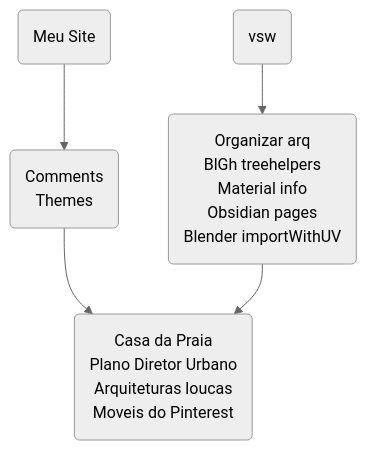
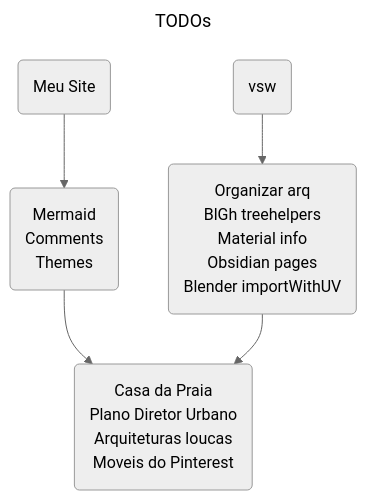
The first of 2 diagrams in content/referencias/Partido.md (vilarinhostudio/vs-website), drawn with Mermaid before and after one commit. The commit also changed other lines of this file and 1 other file, not shown here.

Commit message:
mais mermaids no partido

````diff
--- a/content/referencias/Partido.md
+++ b/content/referencias/Partido.md
@@ -11,29 +11,31 @@
 ```mermaid
 ---
-title:
+title: TODOs
 displayMode: compact
 config:
  theme: neutral
 ---
 flowchart TB
 	site(Meu Site)
-	siteTODOS(Comments
+	siteTODOS(
+	Mermaid
+	Comments
 	Themes)
 	site --> siteTODOS
 	
 	vsw(vsw)
 	vswTODOS(Organizar arq
 	BlGh treehelpers
 	Material info
 	Obsidian pages
 	Blender importWithUV)
 	vsw --> vswTODOS
 	
 	doing(Casa da Praia
 	Plano Diretor Urbano
 	Arquiteturas loucas
 	Moveis do Pinterest)
 	
 	siteTODOS --> doing
 	vswTODOS --> doing
 ```
````
